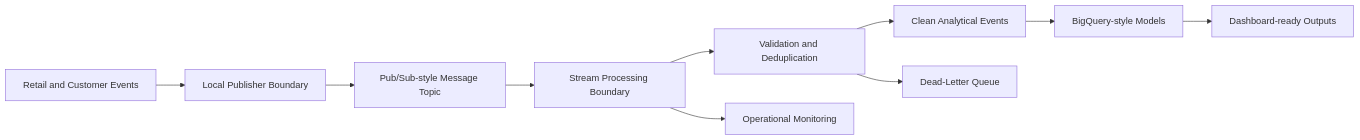
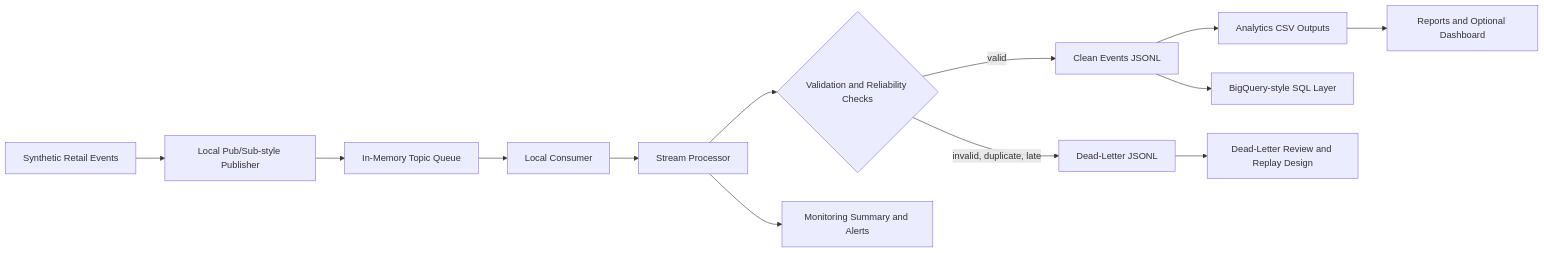
One commit to Ibraheemolasupogit/gcp-realtime-data-engineering-platform changed the diagram in README.md. Above: the diagram before and after it, drawn with Mermaid. The commit also changed other lines of this file and 13 other files, not shown here.

````diff
--- a/README.md
+++ b/README.md
@@ -25,12 +26,15 @@
 ```mermaid
 flowchart LR
-    A["Retail and Customer Events"] --> B["Local Publisher Boundary"]
-    B --> C["Pub/Sub-style Message Topic"]
-    C --> D["Stream Processing Boundary"]
-    D --> E["Validation and Deduplication"]
-    E --> F["Clean Analytical Events"]
-    E --> G["Dead-Letter Queue"]
-    F --> H["BigQuery-style Models"]
-    H --> I["Dashboard-ready Outputs"]
-    D --> J["Operational Monitoring"]
+    A["Synthetic Retail Events"] --> B["Local Pub/Sub-style Publisher"]
+    B --> C["In-Memory Topic Queue"]
+    C --> D["Local Consumer"]
+    D --> E["Stream Processor"]
+    E --> F{"Validation and Reliability Checks"}
+    F -->|"valid"| G["Clean Events JSONL"]
+    F -->|"invalid, duplicate, late"| H["Dead-Letter JSONL"]
+    G --> I["Analytics CSV Outputs"]
+    G --> J["BigQuery-style SQL Layer"]
+    H --> K["Dead-Letter Review and Replay Design"]
+    I --> L["Reports and Optional Dashboard"]
+    E --> M["Monitoring Summary and Alerts"]
 ```
````
